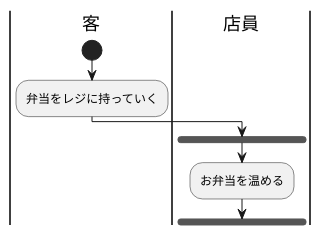
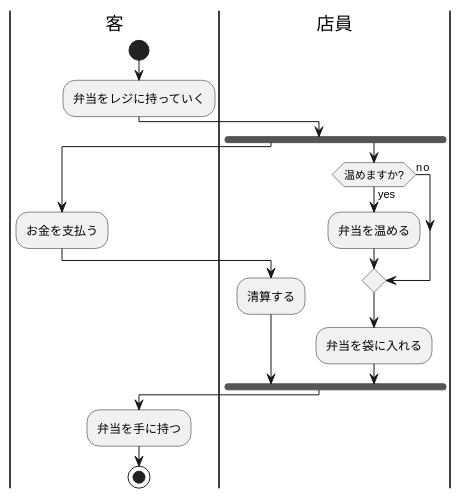
The diagram in 図7-10_AC_コンビニで弁当買う.pu (kuboi0627/unl-introduction), drawn with PlantUML before and after one commit. The commit also changed 3 other files, not shown here.

```diff
--- a/図7-10_AC_コンビニで弁当買う.pu
+++ b/図7-10_AC_コンビニで弁当買う.pu
@@ -1,16 +1,25 @@
 @startuml コンビニ
 |客|
 |店員|
 |客|
 start
 :弁当をレジに持っていく;
 |店員|
 fork
-|店員|
-
-:お弁当を温める;
- 
-
-
-
+    |客|
+    :お金を支払う;
+    |客|
+    |店員|
+    :清算する;
+fork again
+if(温めますか?) then (yes)
+    :弁当を温める;
+else (no)
+endif
+:弁当を袋に入れる;
+end fork
+|客|
+:弁当を手に持つ;
+stop
+|客|
 @enduml
```
